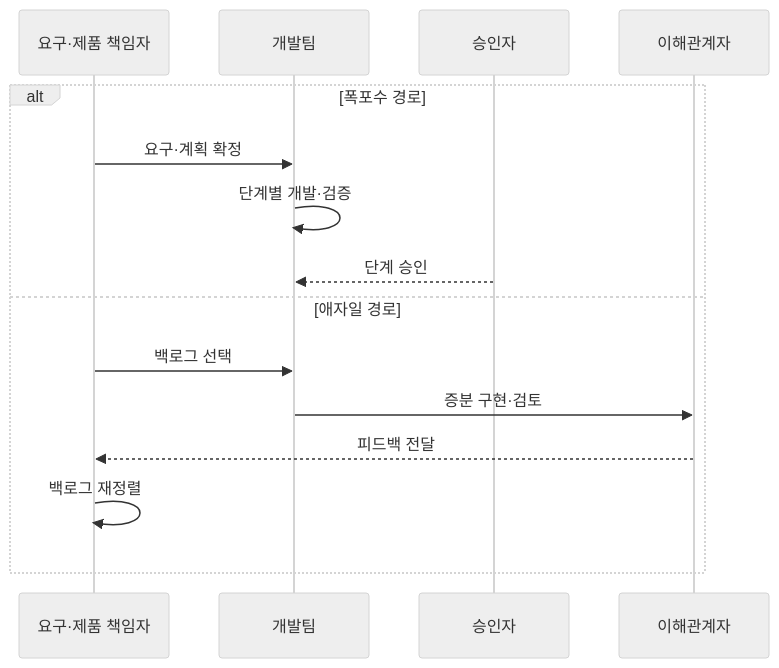
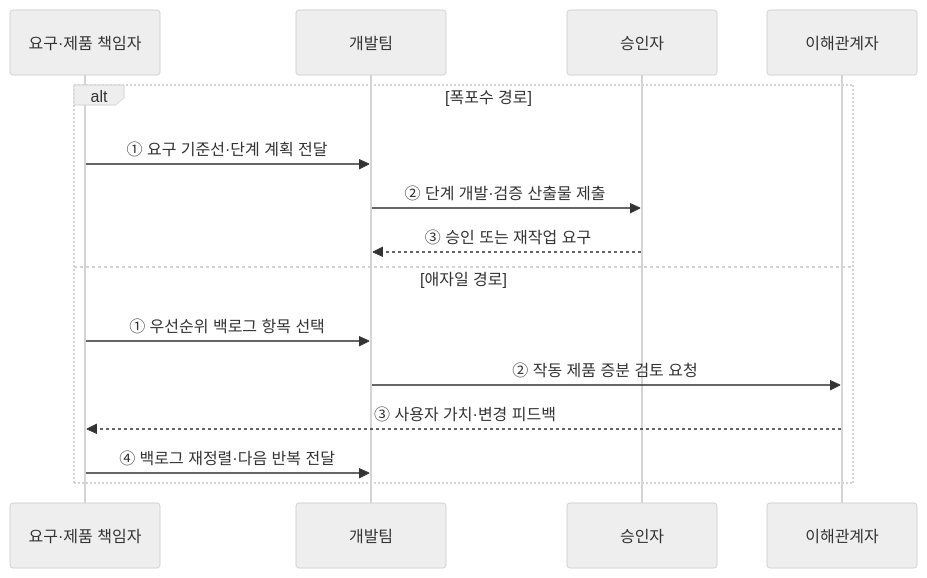
Before and after one commit to agnusdei1207/knowledge-base: the second of 2 diagrams in src/content/docs/notes/03-software/031_waterfall_vs_agile.md, drawn with Mermaid (neutral theme). The commit also changed other lines of this file and 20 other files, not shown here.

````diff
--- a/src/content/docs/notes/03-software/031_waterfall_vs_agile.md
+++ b/src/content/docs/notes/03-software/031_waterfall_vs_agile.md
@@ -91,17 +83,17 @@
 ```mermaid
 sequenceDiagram
     participant O as 요구·제품 책임자
     participant D as 개발팀
     participant A as 승인자
     participant S as 이해관계자
     alt 폭포수 경로
-        O->>D: 요구·계획 확정
-        D->>D: 단계별 개발·검증
-        A-->>D: 단계 승인
+        O->>D: ① 요구 기준선·단계 계획 전달
+        D->>A: ② 단계 개발·검증 산출물 제출
+        A-->>D: ③ 승인 또는 재작업 요구
     else 애자일 경로
-        O->>D: 백로그 선택
-        D->>S: 증분 구현·검토
-        S-->>O: 피드백 전달
-        O->>O: 백로그 재정렬
+        O->>D: ① 우선순위 백로그 항목 선택
+        D->>S: ② 작동 제품 증분 검토 요청
+        S-->>O: ③ 사용자 가치·변경 피드백
+        O->>D: ④ 백로그 재정렬·다음 반복 전달
     end
 ```
````
